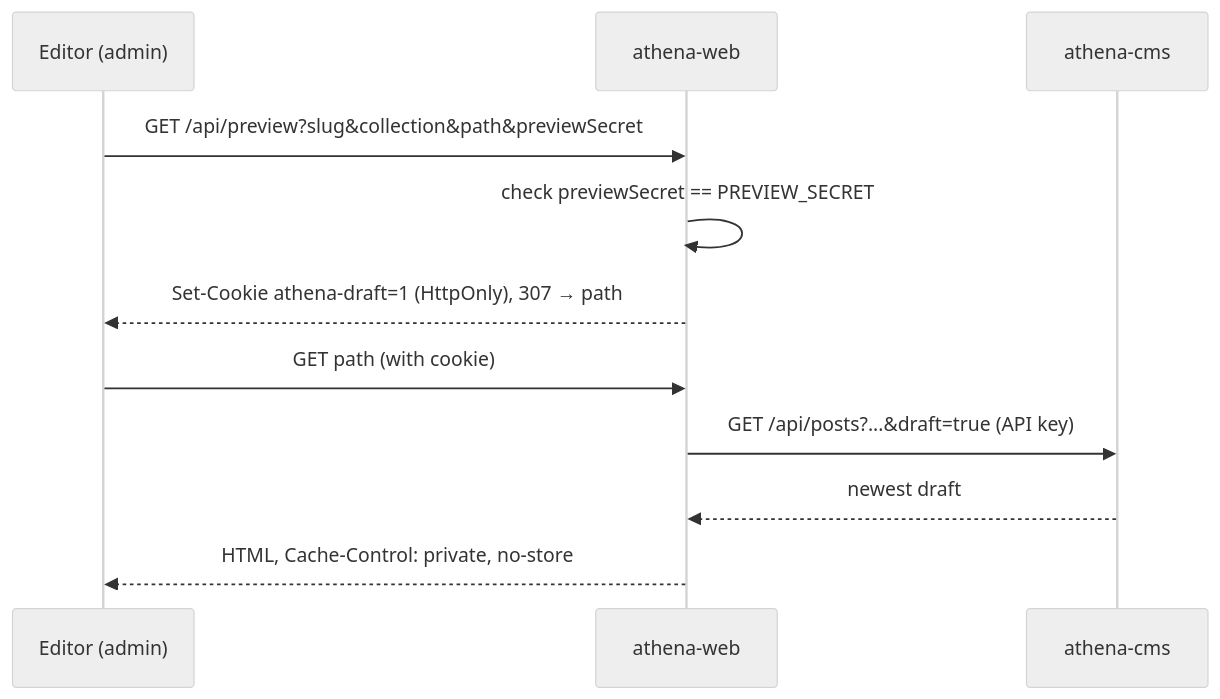
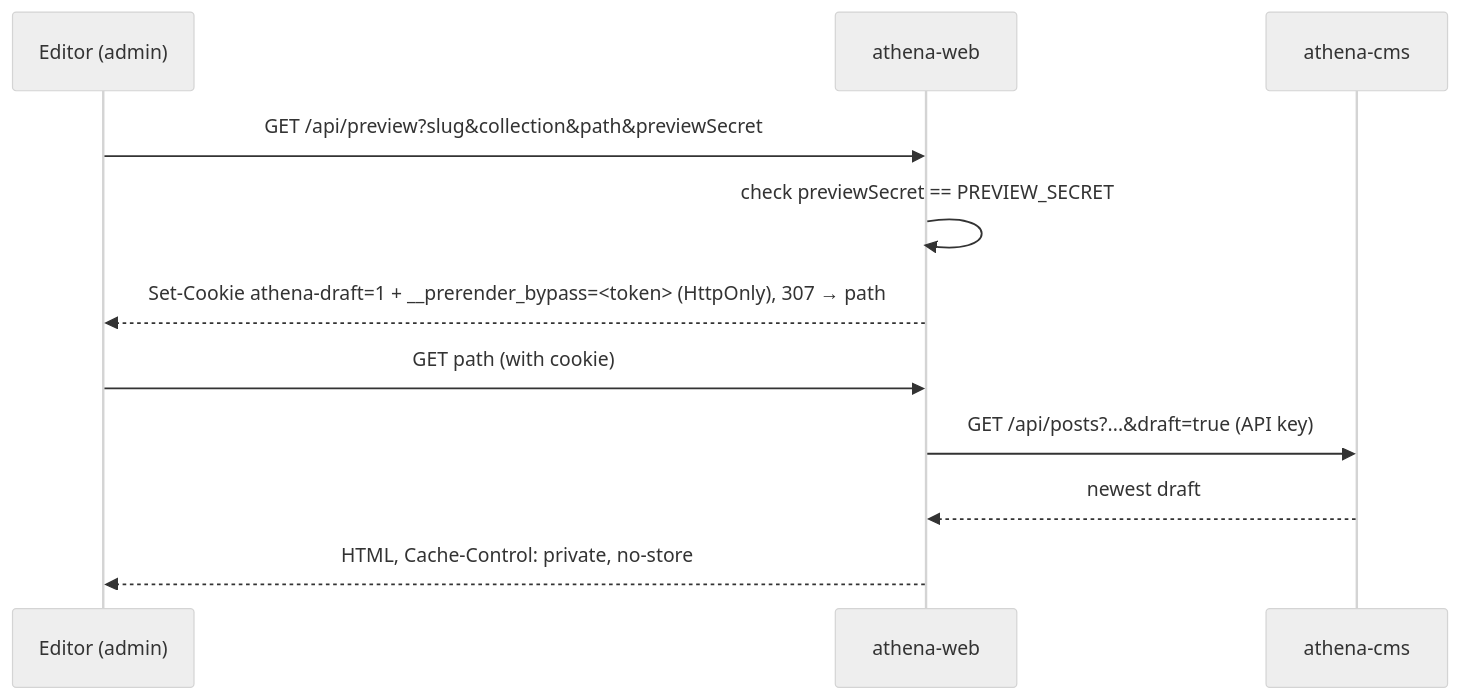
One commit to 0xCAFEBABEx0/athena changed the fourth of 4 diagrams in docs/ARCHITECTURE.md. Above: the diagram before and after it, drawn with Mermaid (neutral theme). The commit also changed other lines of this file and 26 other files, not shown here.

First line of the commit message:
Security review of main...development: draft cookie, open redirect, link schemes; docs brought up to date

````diff
--- a/docs/ARCHITECTURE.md
+++ b/docs/ARCHITECTURE.md
@@ -188,13 +193,13 @@
 ```mermaid
 sequenceDiagram
     participant Ed as Editor (admin)
     participant W as athena-web
     participant C as athena-cms
     Ed->>W: GET /api/preview?slug&collection&path&previewSecret
     W->>W: check previewSecret == PREVIEW_SECRET
-    W-->>Ed: Set-Cookie athena-draft=1 (HttpOnly), 307 → path
+    W-->>Ed: Set-Cookie athena-draft=1 + __prerender_bypass=<token> (HttpOnly), 307 → path
     Ed->>W: GET path (with cookie)
     W->>C: GET /api/posts?...&draft=true (API key)
     C-->>W: newest draft
     W-->>Ed: HTML, Cache-Control: private, no-store
 ```
````
